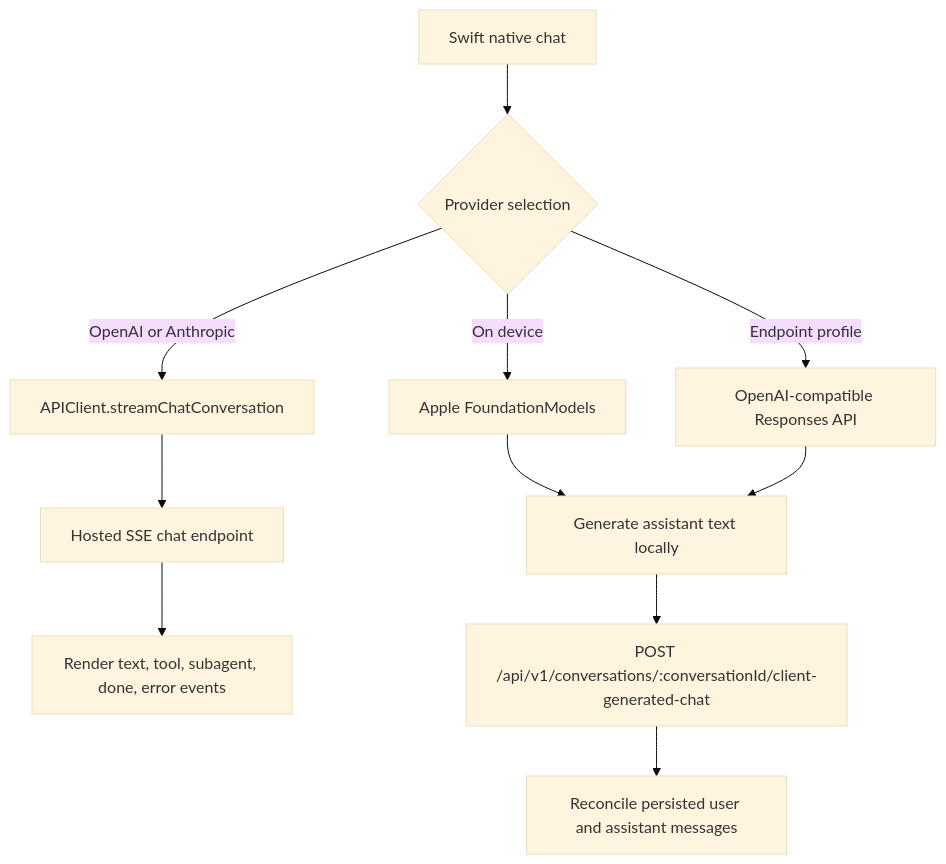
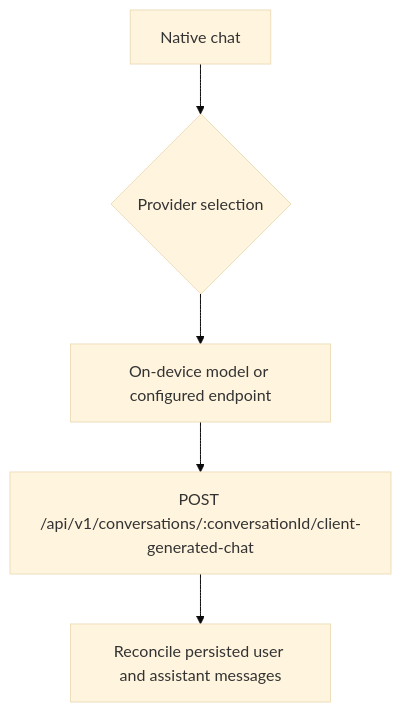
The diagram in docs/overview/architecture/conversations.md (vouchington/vouchington), drawn with Mermaid (base theme) before and after one commit. The commit also changed other lines of this file and 101 other files, not shown here.

Commit message:
feat(web): remove hosted agent chat

````diff
--- a/docs/overview/architecture/conversations.md
+++ b/docs/overview/architecture/conversations.md
@@ -59,13 +26,7 @@
 ```mermaid
 flowchart TD
-  swiftInput[Swift native chat] --> selection{Provider selection}
-  selection -- OpenAI or Anthropic --> swiftHosted[APIClient.streamChatConversation]
-  swiftHosted --> hosted[Hosted SSE chat endpoint]
-  hosted --> swiftRender[Render text, tool, subagent, done, error events]
-  selection -- On device --> foundation[Apple FoundationModels]
-  selection -- Endpoint profile --> endpoint[OpenAI-compatible Responses API]
-  foundation --> localText[Generate assistant text locally]
-  endpoint --> localText
-  localText --> persist[POST /api/v1/conversations/:conversationId/client-generated-chat]
+  input[Native chat] --> selection{Provider selection}
+  selection --> local[On-device model or configured endpoint]
+  local --> persist[POST /api/v1/conversations/:conversationId/client-generated-chat]
   persist --> reconcile[Reconcile persisted user and assistant messages]
 ```
````
